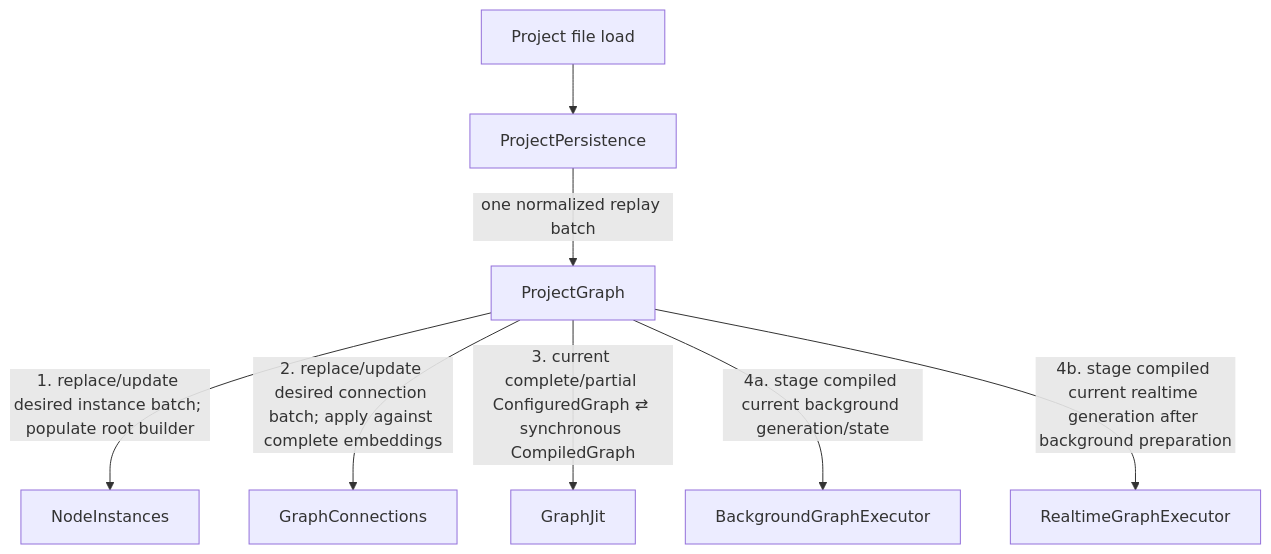
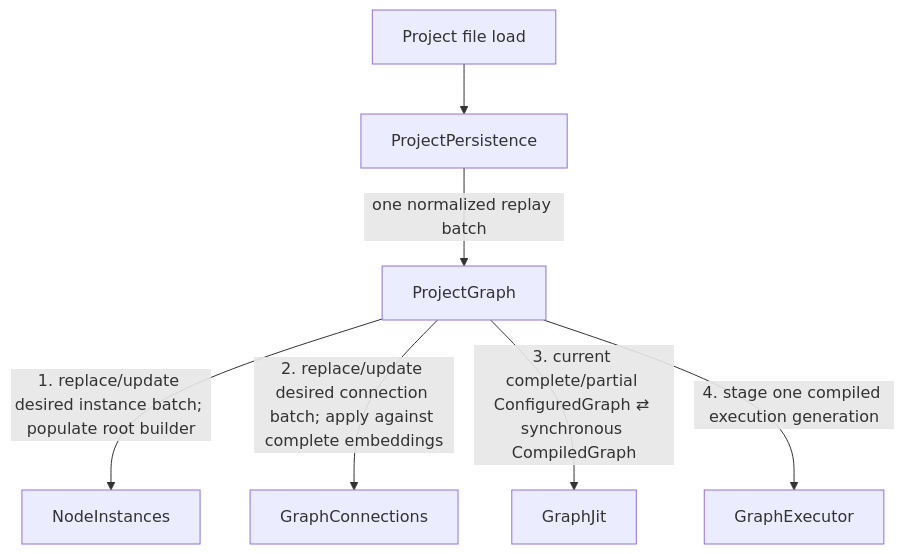
Before and after one commit to ljleb/intravenous: the first of 2 diagrams in docs/event_flows/startup_and_project_replay.md, drawn with Mermaid. The commit also changed other lines of this file and 16 other files, not shown here.

````diff
--- a/docs/event_flows/startup_and_project_replay.md
+++ b/docs/event_flows/startup_and_project_replay.md
@@ -10,19 +10,17 @@
 ```mermaid
 flowchart TD
     SRC["Project file load"]
     PP["ProjectPersistence"]
     PG["ProjectGraph"]
     NI["NodeInstances"]
     GC["GraphConnections"]
     GJ["GraphJit"]
-    RGE["RealtimeGraphExecutor"]
-    BGE["BackgroundGraphExecutor"]
+    GE["GraphExecutor"]
 
     SRC --> PP
     PP -->|"one normalized replay batch"| PG
     PG -->|"1. replace/update desired instance batch; populate root builder"| NI
     PG -->|"2. replace/update desired connection batch; apply against complete embeddings"| GC
     PG -->|"3. current complete/partial ConfiguredGraph ⇄ synchronous CompiledGraph"| GJ
-    PG -->|"4a. stage compiled current background generation/state"| BGE
-    PG -->|"4b. stage compiled current realtime generation after background preparation"| RGE
+    PG -->|"4. stage one compiled execution generation"| GE
 ```
````
